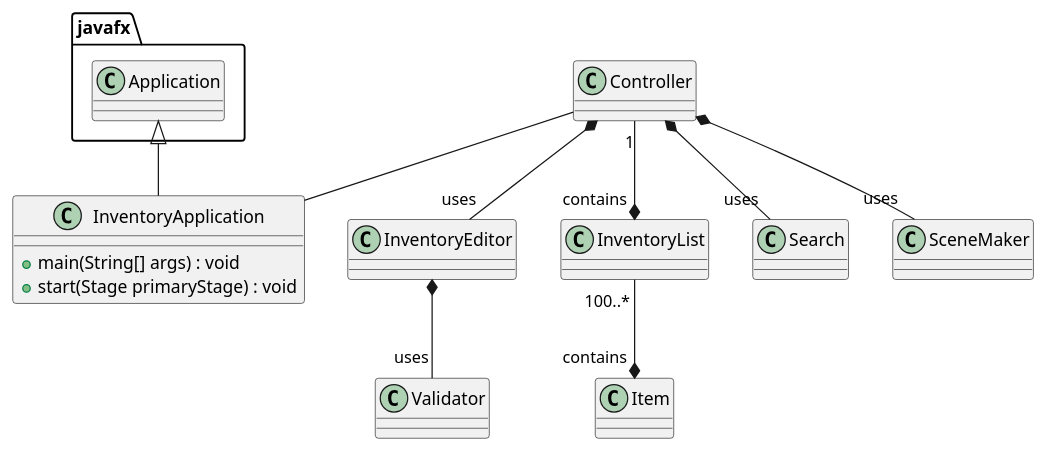
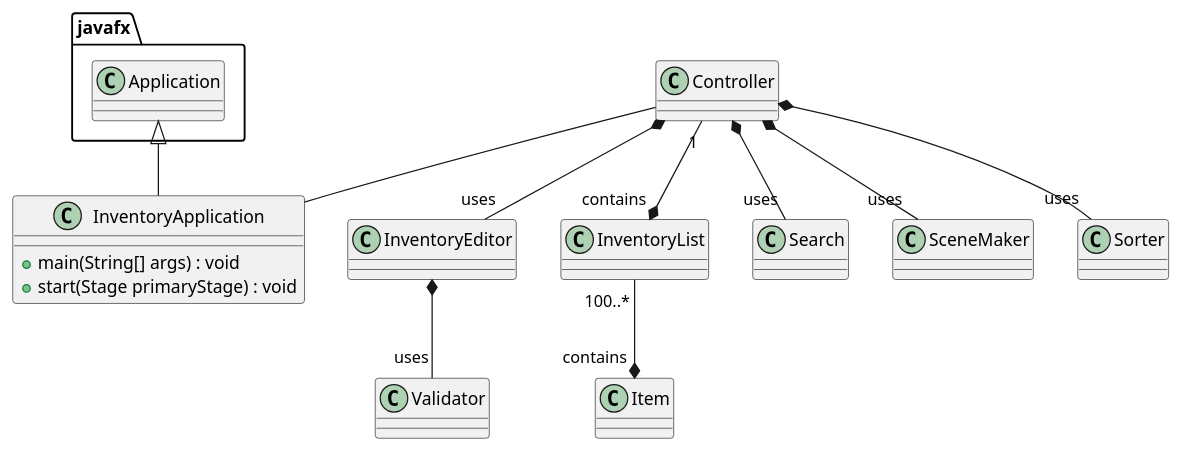
The diagram in uml/AppDiagram.puml (Umran-Jameel/Jameel-1807-a5), drawn with PlantUML before and after one commit. The commit also changed 6 other files, not shown here.

```diff
--- a/uml/AppDiagram.puml
+++ b/uml/AppDiagram.puml
@@ -1,45 +1,50 @@
 @startuml
 'https://plantuml.com/class-diagram
 class Controller {
 
 }
 
 
 class InventoryApplication {
  + main(String[] args) : void
  + start(Stage primaryStage) : void
 }
 
 class InventoryEditor {
 
 }
 
 class InventoryList {
 
 }
 
 class Item {
 
 }
 
 class Search {
 
 }
 
 class Validator {
 
 }
 
 class SceneMaker {
 
 }
 
+class Sorter {
+
+}
+
 javafx.Application <|-- InventoryApplication
 Controller -- InventoryApplication
 Controller *-- "uses"Search
 Controller *-- "uses"InventoryEditor
 Controller *-- "uses"SceneMaker
 Controller"1" --* "contains"InventoryList
 InventoryList "100..*"--* "contains" Item
 InventoryEditor *-- "uses" Validator
+Controller *-- "uses"Sorter
 @enduml
```
